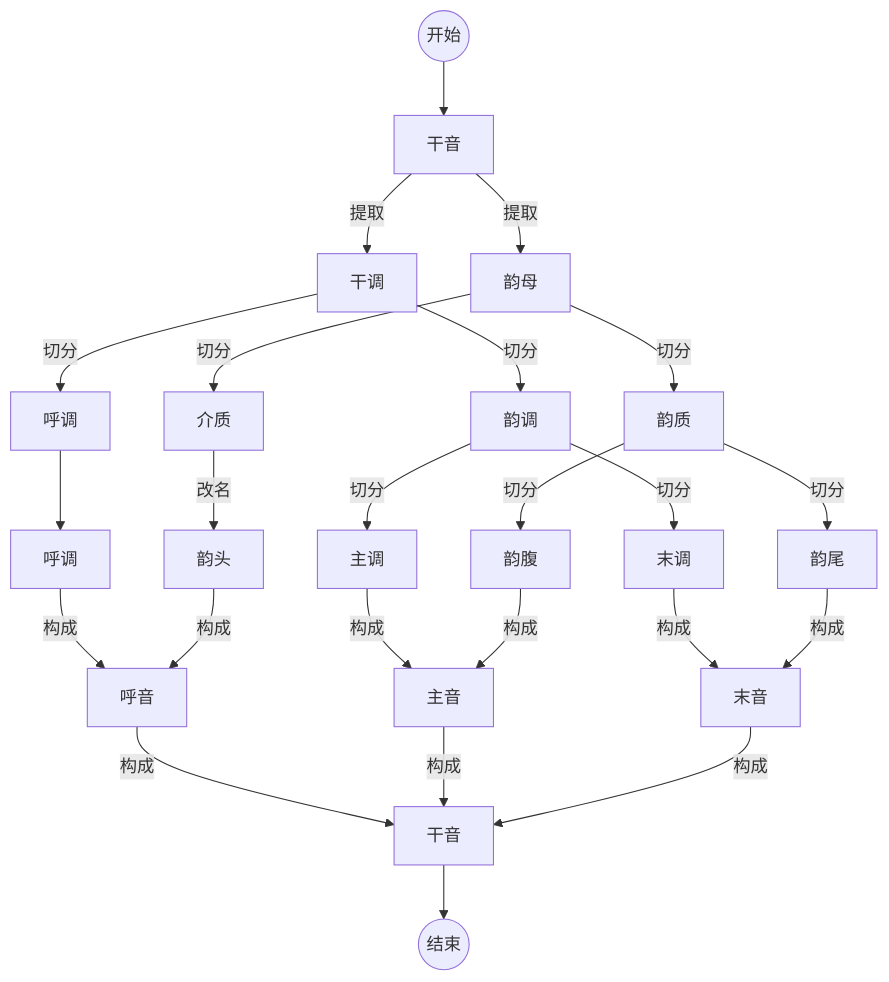
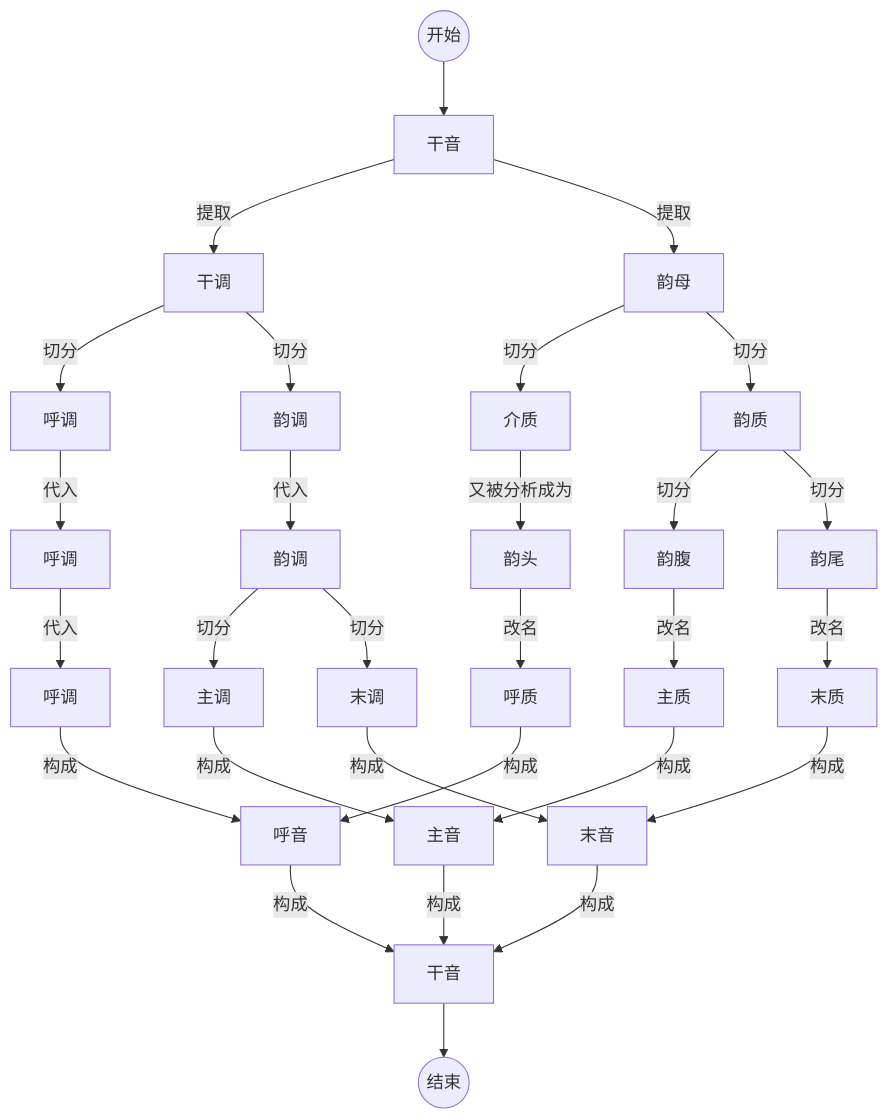
The diagram in YIME_Theory/flowchart/三质干音分析.mmd (tsaanghwang/Yime-prototype), drawn with Mermaid before and after one commit. The commit also changed 3 other files, not shown here.

```diff
--- a/YIME_Theory/flowchart/三质干音分析.mmd
+++ b/YIME_Theory/flowchart/三质干音分析.mmd
@@ -1,25 +1,32 @@
 graph TB
     Start((开始)) --> A[干音]
     A --> |提取|B[干调]
     A --> |提取|C[韵母]
     C --> |切分|D[介质]
     C --> |切分|E[韵质]
-    D --> |改名|F[韵头]
+    D --> |又被分析成为|F[韵头]
+    F --> |改名|F1[呼质]
     E --> |切分|G[韵腹]
+    G --> |改名|G1[主质]
     E --> |切分|H[韵尾]
+    H --> |改名|H1[末质]
     B --> |切分|I[呼调]
     B --> |切分|J[韵调]
-    I --> K[呼调]
-    J -->  |切分|L[主调]
-    J -->  |切分|M[末调]
+    J --> |代入|J1[韵调]
 
-    K -->  |构成|N[呼音]
-    F -->  |构成|N
+    I --> |代入|I1[呼调]
+    J1 -->  |切分|L[主调]
+    J1 -->  |切分|M[末调]
+
+    I1 --> |代入|I2[呼调]
+
+    I2 -->  |构成|N[呼音]
+    F1 -->  |构成|N
     L -->  |构成|O[主音]
-    G -->  |构成|O
+    G1 -->  |构成|O
     M -->  |构成|P[末音]
-    H -->  |构成|P
+    H1 -->  |构成|P
     N -->  |构成|Q[干音]
     O -->  |构成|Q
     P -->  |构成|Q
     Q --> End((结束))
```
